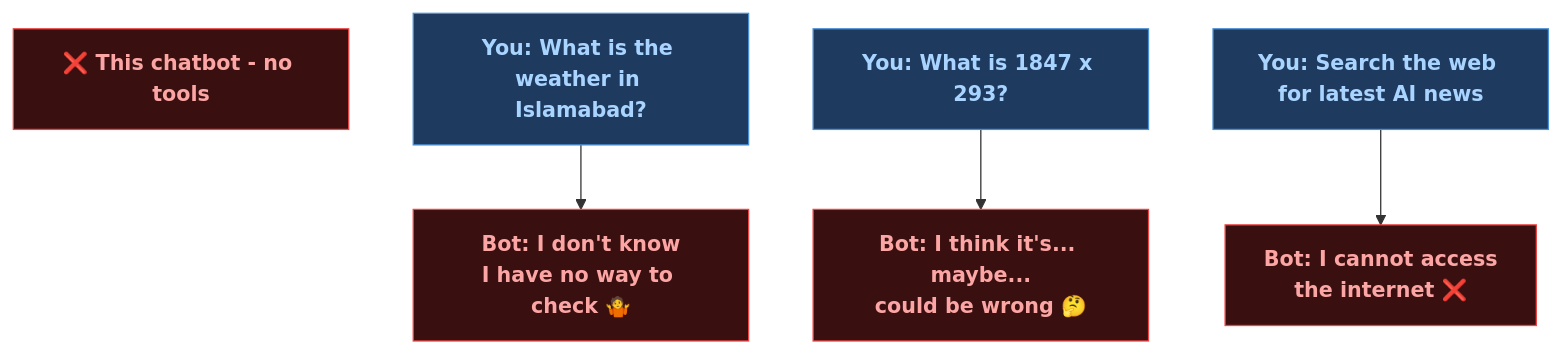
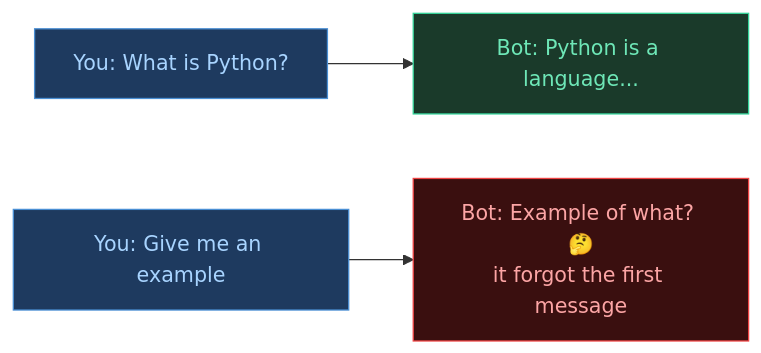
The sixth of 7 diagrams in README.md (abdulsamadxai/groq-chatbot-basic), drawn with Mermaid before and after one commit. The commit also changed other lines of this file, not shown here.

First line of the commit message:
Revise README for chatbot memory and setup

````diff
--- a/README.md
+++ b/README.md
@@ -321,12 +287,9 @@
 ```mermaid
-flowchart TD
-    A["❌ This chatbot - no tools"]:::label
+flowchart LR
+    A["You: What is Python?"]:::blue --> B["Bot: Python is a language..."]:::green
+    C["You: Give me an example"]:::blue --> D["Bot: Example of what? 🤔\nit forgot the first message"]:::red
 
-    A1["You: What is the weather in Islamabad?"]:::blue --> B1["Bot: I don't know\nI have no way to check 🤷"]:::red
-    A2["You: What is 1847 x 293?"]:::blue --> B2["Bot: I think it's... maybe...\ncould be wrong 🤔"]:::red
-    A3["You: Search the web for latest AI news"]:::blue --> B3["Bot: I cannot access\nthe internet ❌"]:::red
-
-    classDef label fill:#3a0f0f,stroke:#ef4444,color:#fca5a5,font-weight:bold
     classDef blue fill:#1e3a5f,stroke:#4a8fd4,color:#a8d4ff
+    classDef green fill:#1a3a2a,stroke:#34d399,color:#6ee7b7
     classDef red fill:#3a0f0f,stroke:#ef4444,color:#fca5a5
 ```
````
